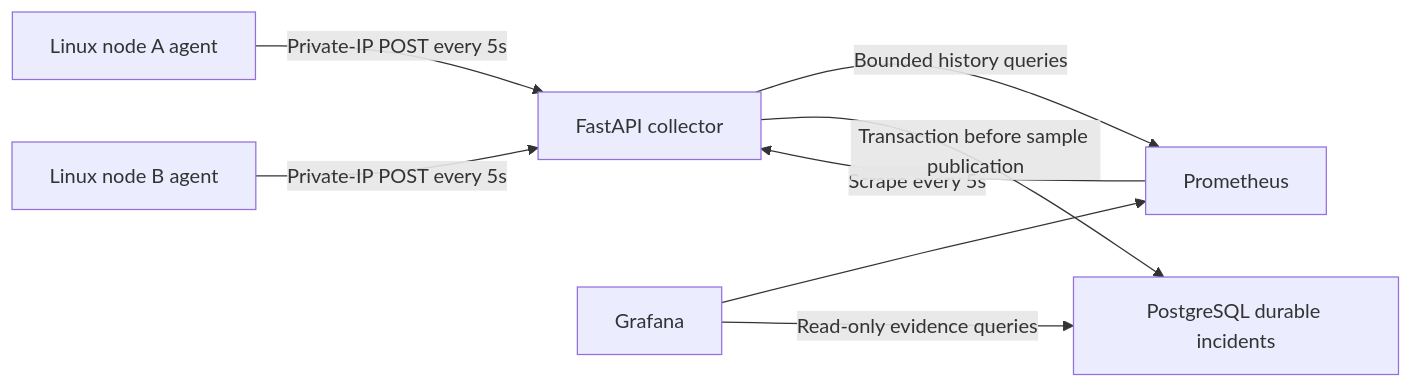
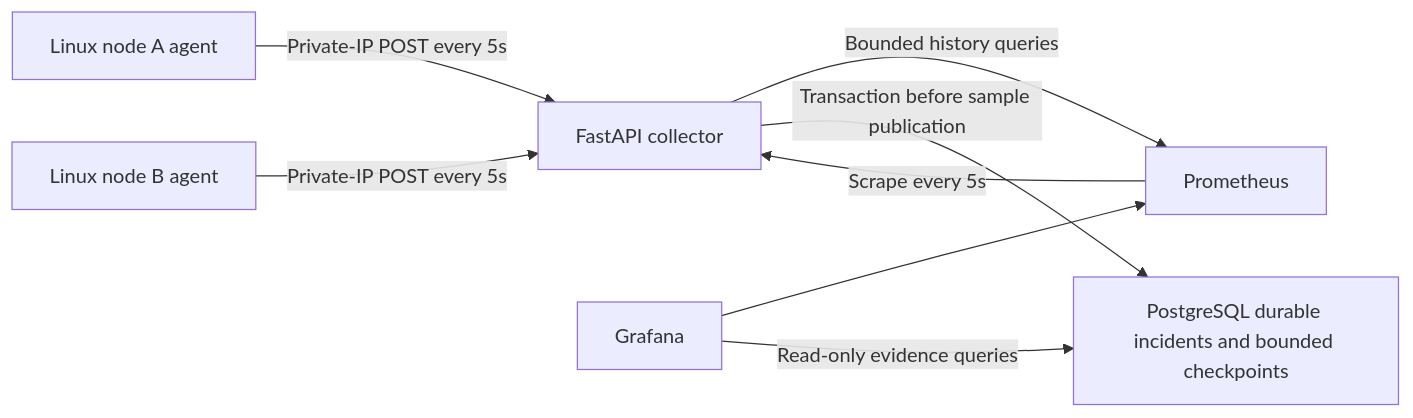
One commit to NguyenVietMy/FleetDoctor changed the diagram in README.md. Above: the diagram before and after it, drawn with Mermaid. The commit also changed other lines of this file and 6 other files, not shown here.

````diff
--- a/README.md
+++ b/README.md
@@ -5,11 +5,11 @@
 ```mermaid
 flowchart LR
     A[Linux node A agent] -->|Private-IP POST every 5s| C[FastAPI collector]
     B[Linux node B agent] -->|Private-IP POST every 5s| C
     P[Prometheus] -->|Scrape every 5s| C
     G[Grafana] --> P
     C -->|Bounded history queries| P
-    D[PostgreSQL durable incidents]
+    D[PostgreSQL durable incidents and bounded checkpoints]
     C -->|Transaction before sample publication| D
     G -->|Read-only evidence queries| D
 ```
````
